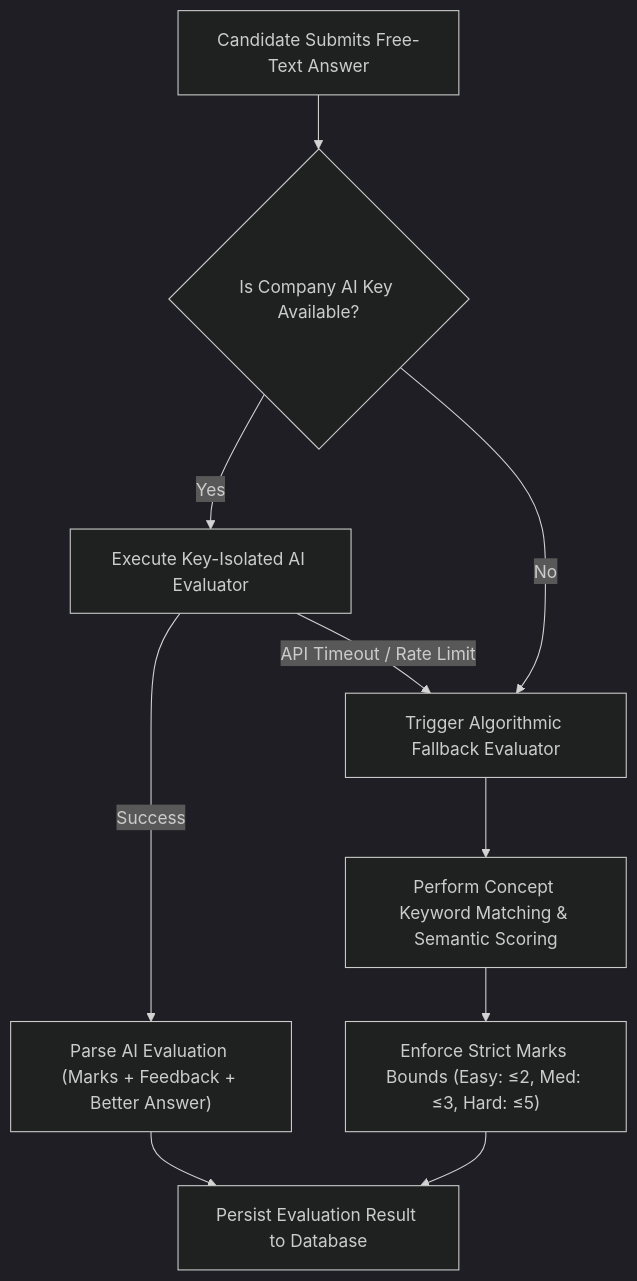
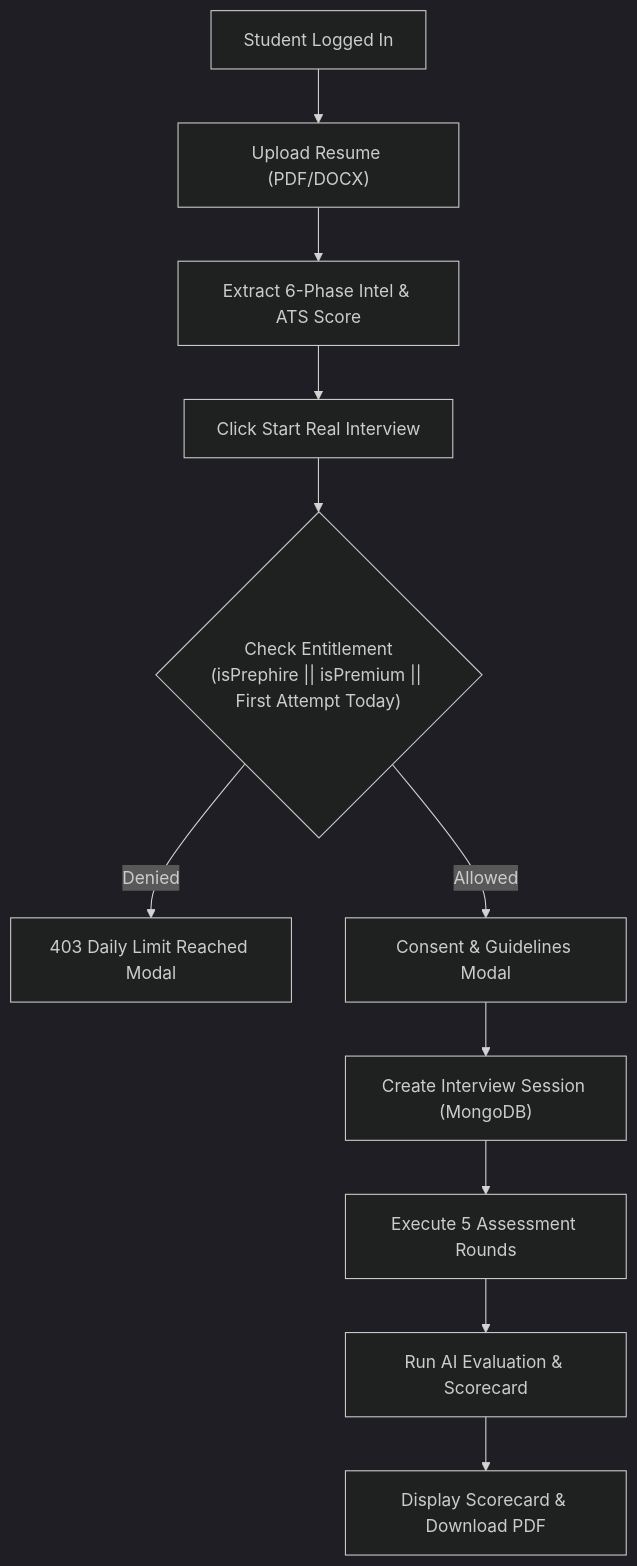
One commit to Tushar-3612/AI-Interview-Platform changed the eighth of 9 diagrams in README.md. Above: the diagram before and after it, drawn with Mermaid (dark theme). The commit also changed other lines of this file, not shown here.

Commit message:
docs: finalize project architecture and documentation

````diff
--- a/README.md
+++ b/README.md
@@ -245,11 +430,14 @@
 ```mermaid
 flowchart TD
-    ANS["Candidate Submits Free-Text Answer"] --> CHECK_KEY{"Is Company AI Key Available?"}
-    CHECK_KEY -- Yes --> AI_EVAL["Execute Key-Isolated AI Evaluator"]
-    AI_EVAL -- Success --> JSON_RES["Parse AI Evaluation (Marks + Feedback + Better Answer)"]
-    CHECK_KEY -- No --> FALLBACK["Trigger Algorithmic Fallback Evaluator"]
-    AI_EVAL -- API Timeout / Rate Limit --> FALLBACK
-    FALLBACK --> RULE_MATCH["Perform Concept Keyword Matching & Semantic Scoring"]
-    RULE_MATCH --> TIER_BOUND["Enforce Strict Marks Bounds (Easy: ≤2, Med: ≤3, Hard: ≤5)"]
-    JSON_RES & TIER_BOUND --> STORE["Persist Evaluation Result to Database"]
+    START["Student Logged In"] --> UPLOAD["Upload Resume (PDF/DOCX)"]
+    UPLOAD --> EXTRACT["Extract 6-Phase Intel & ATS Score"]
+    EXTRACT --> START_INT["Click Start Real Interview"]
+    START_INT --> ENTITLEMENT{"Check Entitlement<br/>(isPrephire || isPremium || First Attempt Today)"}
+    
+    ENTITLEMENT -- Denied --> BLOCKED["403 Daily Limit Reached Modal"]
+    ENTITLEMENT -- Allowed --> CONSENT["Consent & Guidelines Modal"]
+    CONSENT --> SESSION["Create Interview Session (MongoDB)"]
+    SESSION --> ROUNDS["Execute 5 Assessment Rounds"]
+    ROUNDS --> EVALUATE["Run AI Evaluation & Scorecard"]
+    EVALUATE --> REPORT["Display Scorecard & Download PDF"]
 ```
````
